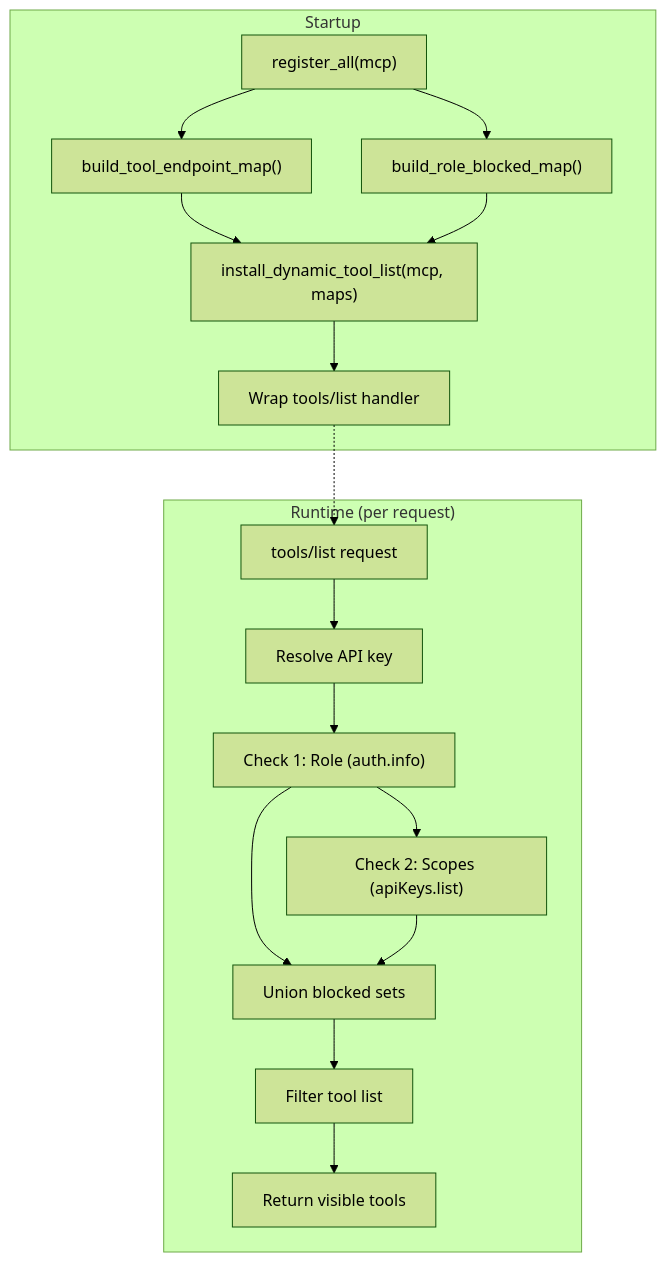
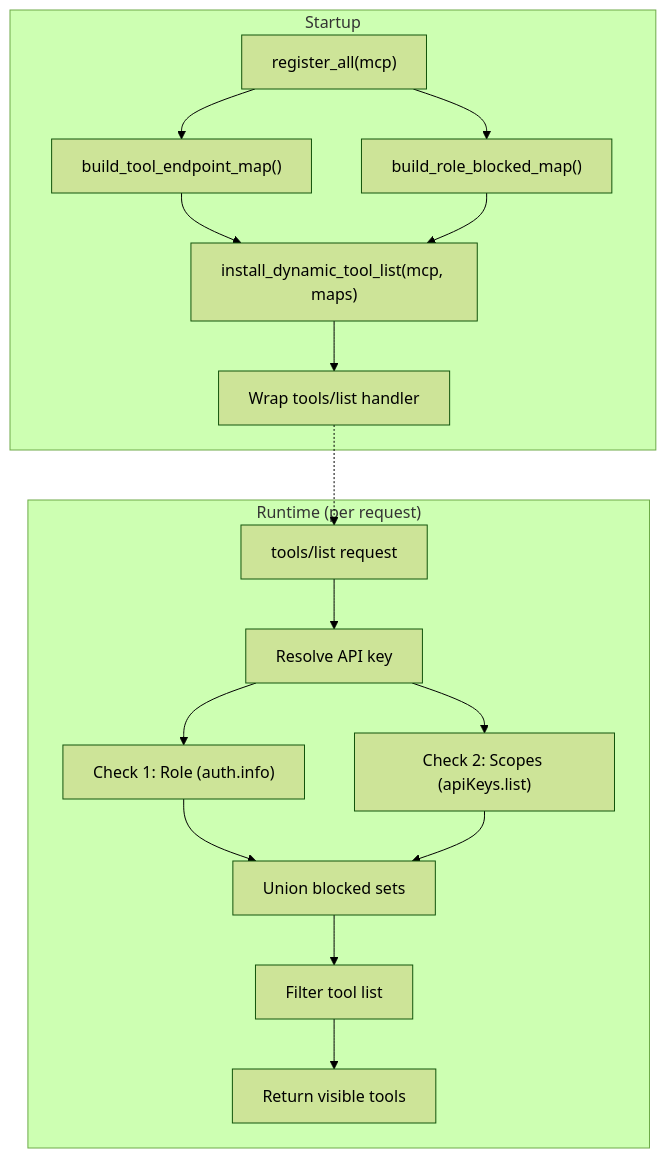
The first of 3 diagrams in docs/dynamic-tool-list.md (Vortiago/mcp-outline), drawn with Mermaid (forest theme) before and after one commit. The commit also changed other lines of this file and 1 other file, not shown here.

````diff
--- a/docs/dynamic-tool-list.md
+++ b/docs/dynamic-tool-list.md
@@ -11,22 +11,22 @@
 ```mermaid
 flowchart TB
     subgraph Startup
         A["register_all(mcp)"] --> B["build_tool_endpoint_map()"]
         A --> C["build_role_blocked_map()"]
         B --> D["install_dynamic_tool_list(mcp, maps)"]
         C --> D
         D --> E["Wrap tools/list handler"]
     end
 
     subgraph Runtime ["Runtime (per request)"]
         F["tools/list request"] --> G["Resolve API key"]
         G --> H["Check 1: Role (auth.info)"]
-        H --> I["Check 2: Scopes (apiKeys.list)"]
+        G --> I["Check 2: Scopes (apiKeys.list)"]
         H --> J["Union blocked sets"]
         I --> J
         J --> K["Filter tool list"]
         K --> L["Return visible tools"]
     end
 
     E -.-> F
 ```
````
